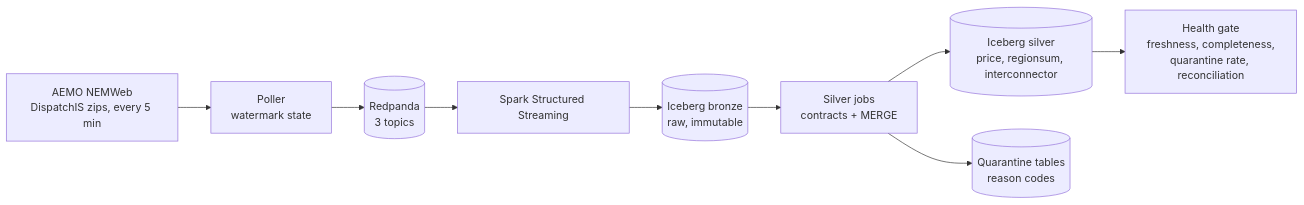
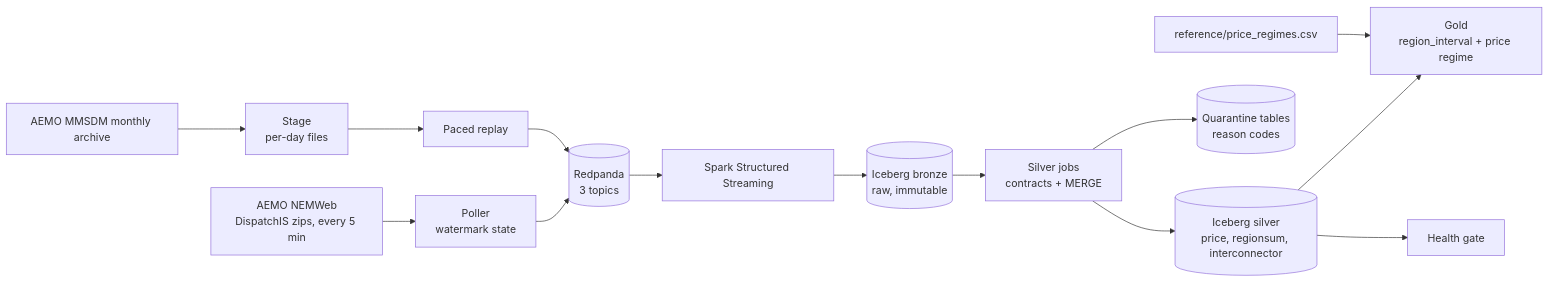
Before and after one commit to Pulkit9918/nem-pulse: the diagram in README.md, drawn with Mermaid. The commit also changed other lines of this file and 2 other files, not shown here.

Commit message:
Gold v1 with price regimes; README results for backfill

````diff
--- a/README.md
+++ b/README.md
@@ -17,11 +17,16 @@
 ```mermaid
 flowchart LR
     A[AEMO NEMWeb<br/>DispatchIS zips, every 5 min] --> B[Poller<br/>watermark state]
+    H1[AEMO MMSDM monthly archive] --> H2[Stage<br/>per-day files]
+    H2 --> H3[Paced replay]
     B --> C[(Redpanda<br/>3 topics)]
+    H3 --> C
     C --> D[Spark Structured Streaming]
     D --> E[(Iceberg bronze<br/>raw, immutable)]
     E --> F[Silver jobs<br/>contracts + MERGE]
     F --> G[(Iceberg silver<br/>price, regionsum, interconnector)]
-    F --> H[(Quarantine tables<br/>reason codes)]
-    G --> I[Health gate<br/>freshness, completeness,<br/>quarantine rate, reconciliation]
+    F --> Q[(Quarantine tables<br/>reason codes)]
+    G --> GO[Gold<br/>region_interval + price regime]
+    R[reference/price_regimes.csv] --> GO
+    G --> I[Health gate]
 ```
````
